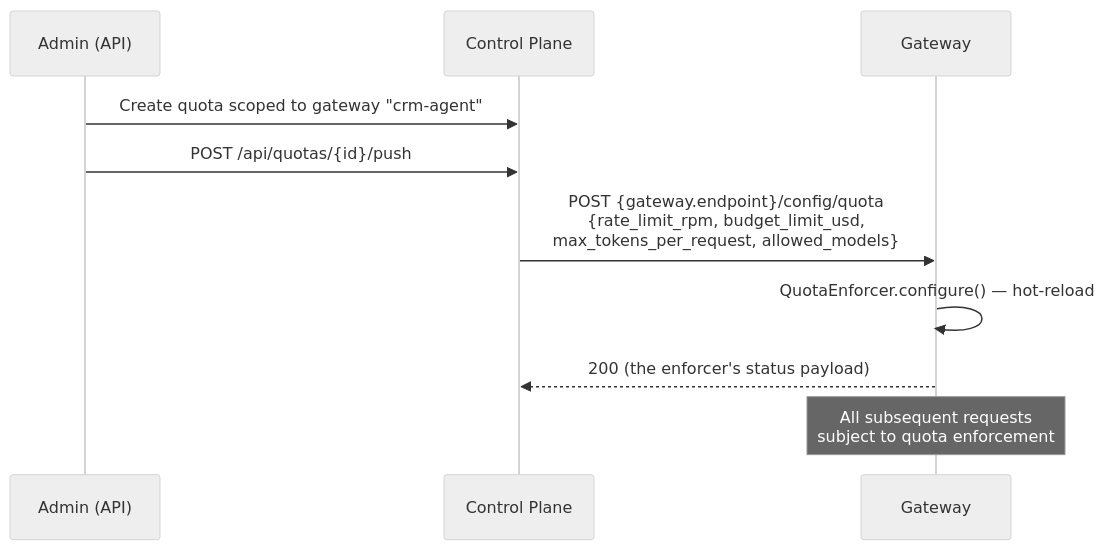
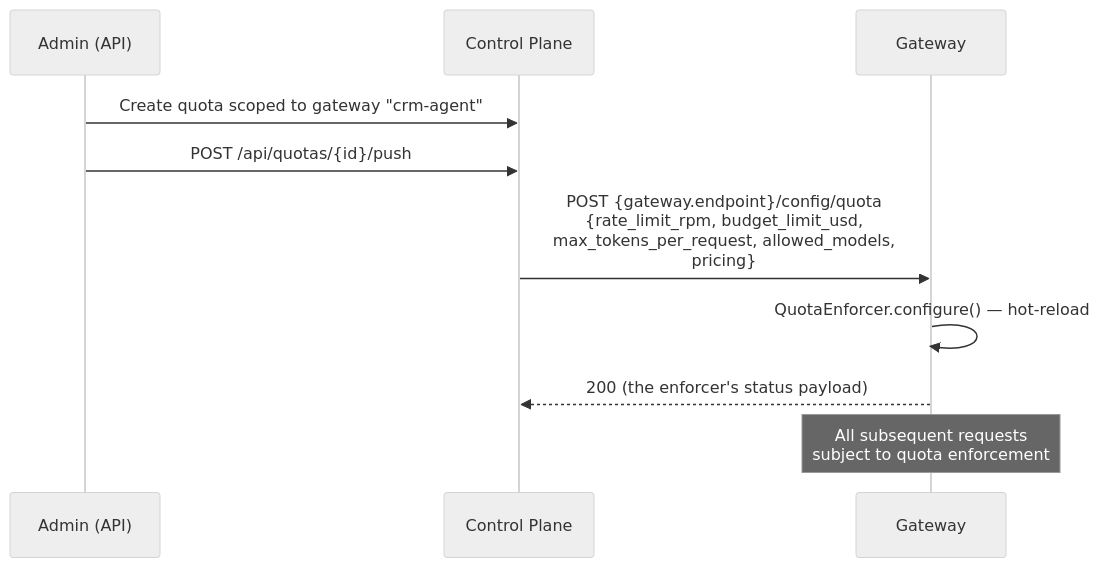
Before and after one commit to hk-775/ostiari: diagram 33 of 41 in docs/gateway-architecture.md, drawn with Mermaid (neutral theme). The commit also changed other lines of this file and 23 other files, not shown here.

````diff
--- a/docs/gateway-architecture.md
+++ b/docs/gateway-architecture.md
@@ -2858,14 +2871,14 @@
 ```mermaid
 sequenceDiagram
     participant Admin as Admin (API)
     participant CP as Control Plane
     participant GW as Gateway
 
     Admin->>CP: Create quota scoped to gateway "crm-agent"
     Admin->>CP: POST /api/quotas/{id}/push
-    CP->>GW: POST {gateway.endpoint}/config/quota<br/>{rate_limit_rpm, budget_limit_usd,<br/>max_tokens_per_request, allowed_models}
+    CP->>GW: POST {gateway.endpoint}/config/quota<br/>{rate_limit_rpm, budget_limit_usd,<br/>max_tokens_per_request, allowed_models,<br/>pricing}
     GW->>GW: QuotaEnforcer.configure() — hot-reload
     GW-->>CP: 200 (the enforcer's status payload)
 
     Note over GW: All subsequent requests<br/>subject to quota enforcement
 ```
````
